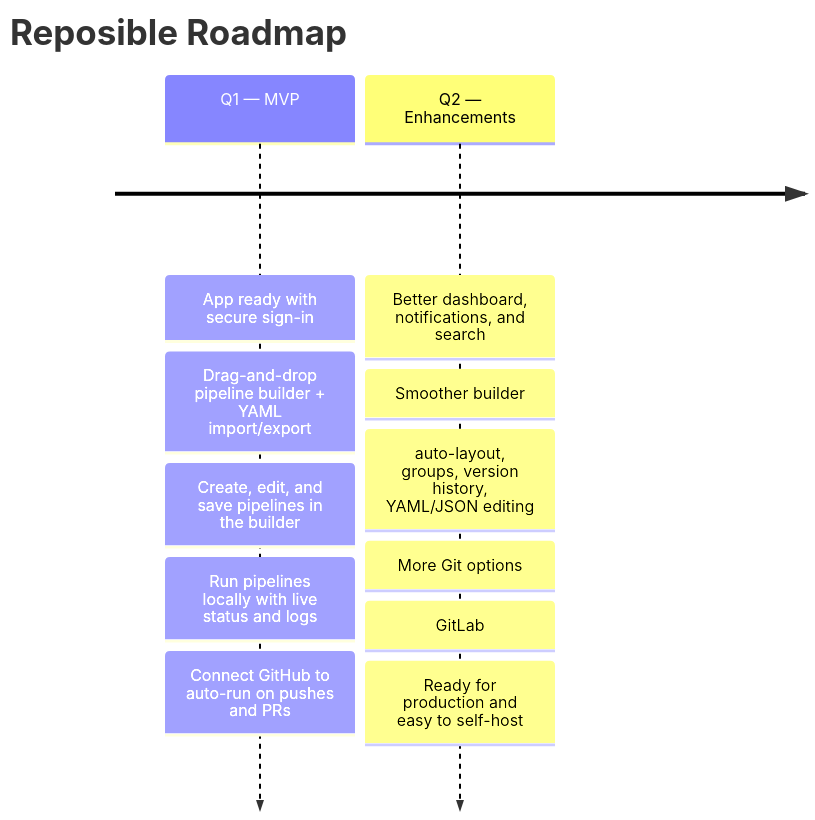
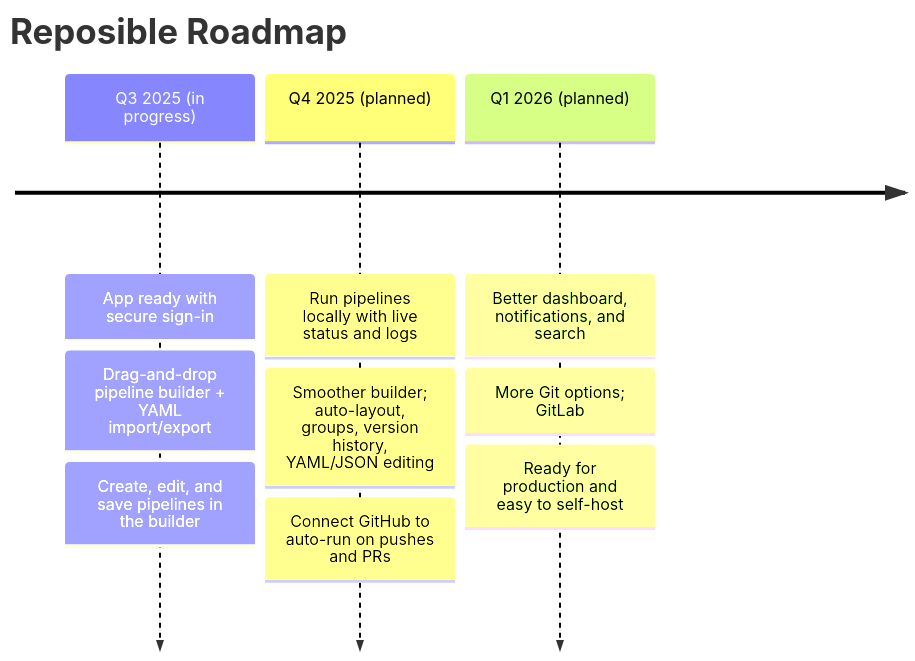
One commit to BertVanHecke/reposible changed the diagram in ROADMAP.md. Above: the diagram before and after it, drawn with Mermaid. The commit also changed other lines of this file and 1 other file, not shown here.

Commit message:
docs: update roadmap for Q3/Q4 2025 and Q1 2026 goals

````diff
--- a/ROADMAP.md
+++ b/ROADMAP.md
@@ -9,15 +9,19 @@
 ```mermaid
 timeline
     title Reposible Roadmap
 
-    Q1 — MVP  : App ready with secure sign-in
-              : Drag-and-drop pipeline builder + YAML import/export
-              : Create, edit, and save pipelines in the builder
-              : Run pipelines locally with live status and logs
-              : Connect GitHub to auto-run on pushes and PRs
+    Q3 2025 (in progress)  
+            : App ready with secure sign-in
+            : Drag-and-drop pipeline builder + YAML import/export
+            : Create, edit, and save pipelines in the builder
 
-    Q2 — Enhancements : Better dashboard, notifications, and search
-                      : Smoother builder: auto-layout, groups, version history, YAML/JSON editing
-                      : More Git options: GitLab
-                      : Ready for production and easy to self-host
+    Q4 2025 (planned) 
+            : Run pipelines locally with live status and logs
+            : Smoother builder; auto-layout, groups, version history, YAML/JSON editing
+            : Connect GitHub to auto-run on pushes and PRs
+
+    Q1 2026 (planned)
+            : Better dashboard, notifications, and search
+            : More Git options; GitLab
+            : Ready for production and easy to self-host
 ```
````
